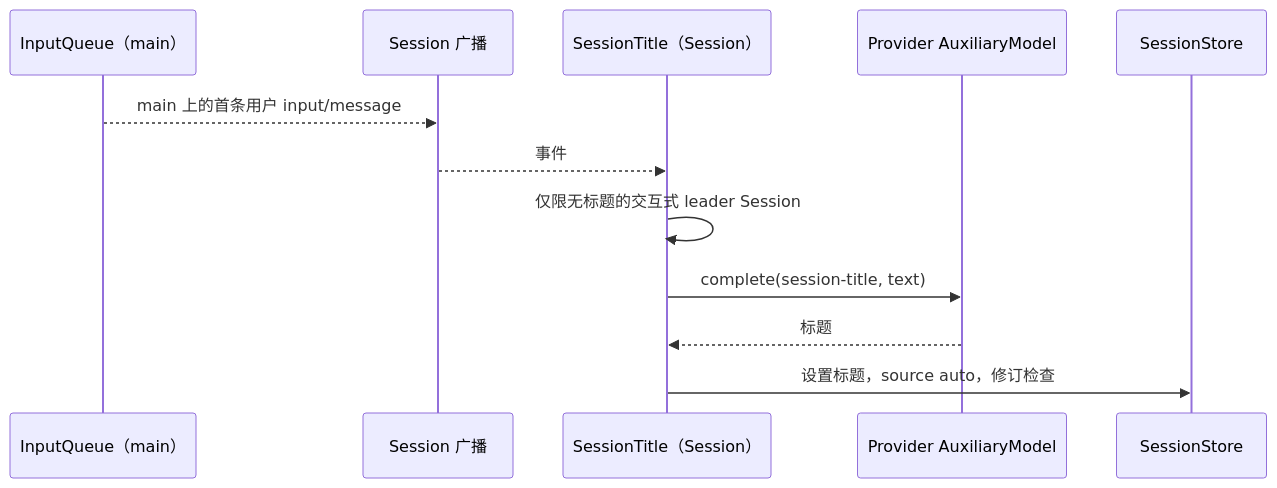
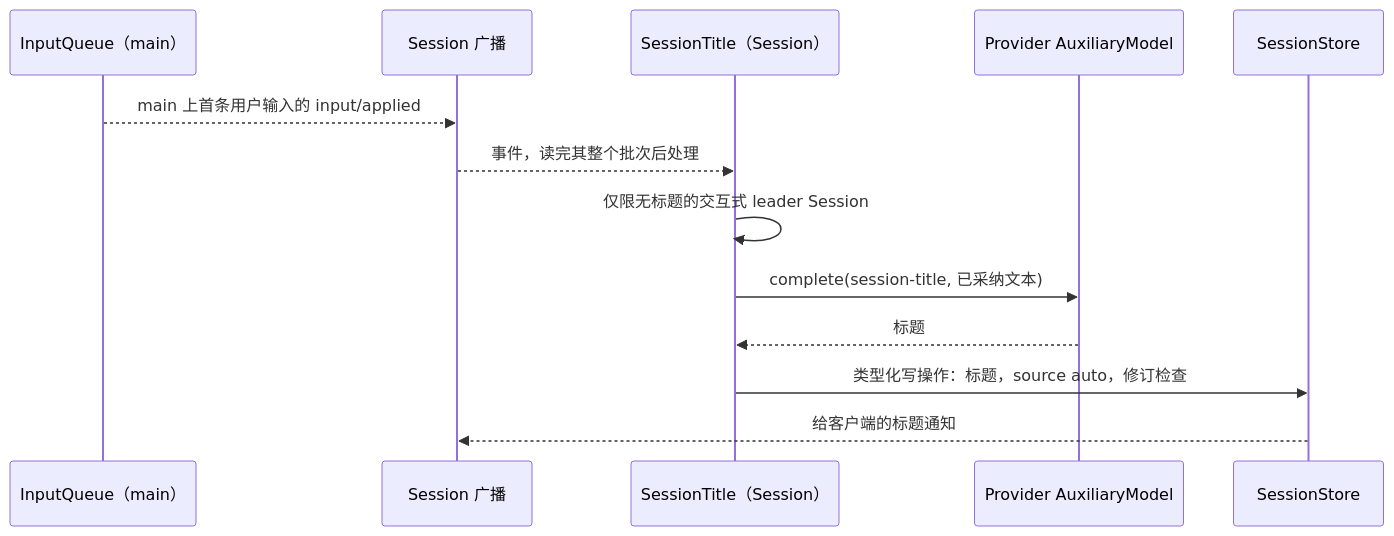
The fifth of 8 diagrams in docs/zh/design/overview.md (CoutinhoTTS/dim-agent), drawn with Mermaid before and after one commit. The commit also changed other lines of this file and 42 other files, not shown here.

````diff
--- a/docs/zh/design/overview.md
+++ b/docs/zh/design/overview.md
@@ -229,14 +231,15 @@
 ```mermaid
 sequenceDiagram
   participant IQ as InputQueue（main）
   participant BC as Session 广播
   participant ST as SessionTitle（Session）
   participant PR as Provider AuxiliaryModel
   participant SS as SessionStore
-  IQ-->>BC: main 上的首条用户 input/message
-  BC-->>ST: 事件
+  IQ-->>BC: main 上首条用户输入的 input/applied
+  BC-->>ST: 事件，读完其整个批次后处理
   ST->>ST: 仅限无标题的交互式 leader Session
-  ST->>PR: complete(session-title, text)
+  ST->>PR: complete(session-title, 已采纳文本)
   PR-->>ST: 标题
-  ST->>SS: 设置标题，source auto，修订检查
+  ST->>SS: 类型化写操作：标题，source auto，修订检查
+  SS-->>BC: 给客户端的标题通知
 ```
````
